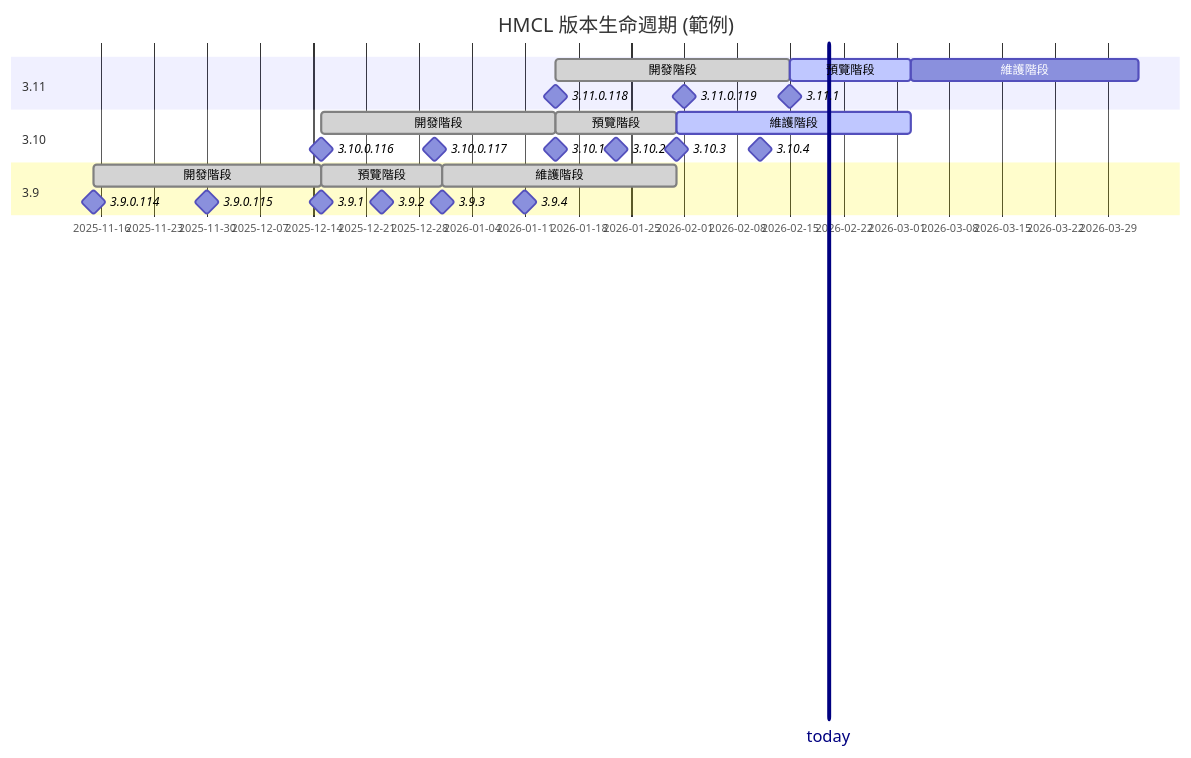
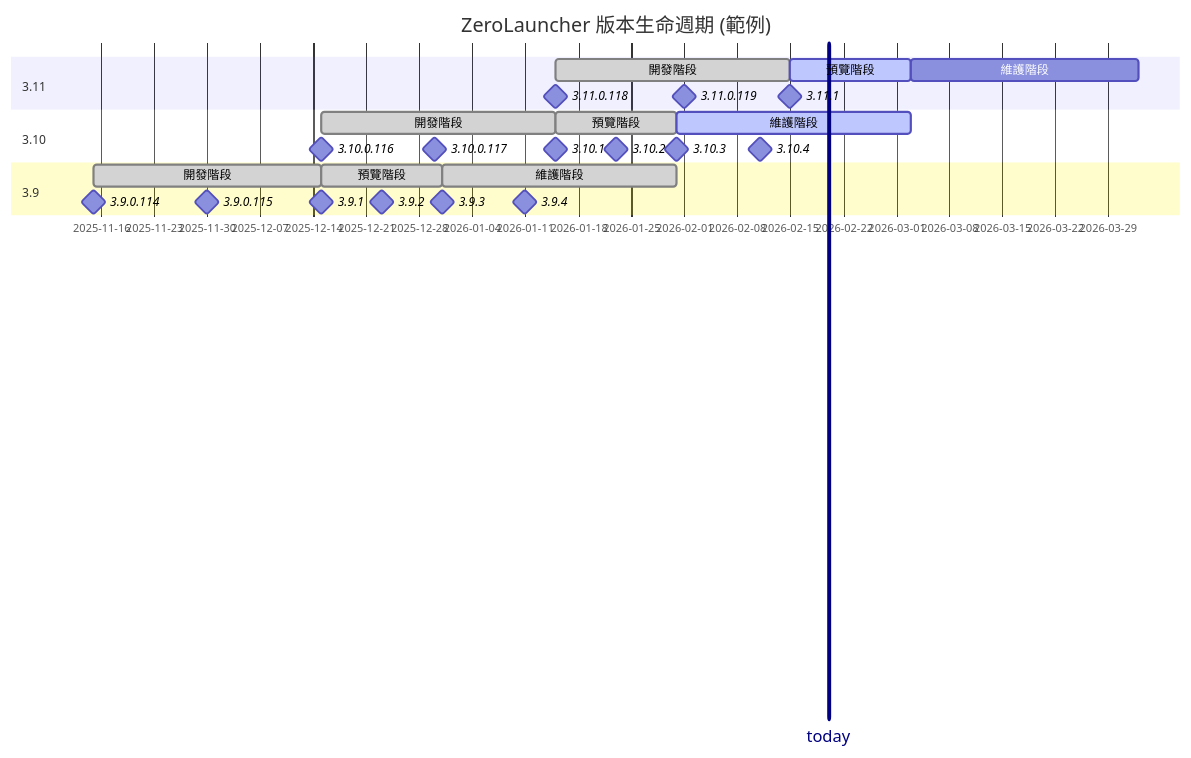
Before and after one commit to ZeroLauncherOfficial/ZeroLauncher: the diagram in docs/ReleaseSchedule_zh_Hant.md, drawn with Mermaid. The commit also changed other lines of this file and 1949 other files, not shown here.

Commit message:
feat: v1.0.0 - Full ZeroLauncher rebranding (org.zero.launcher), new 32-bit Icon, and Single-File Standalone EXE

````diff
--- a/docs/ReleaseSchedule_zh_Hant.md
+++ b/docs/ReleaseSchedule_zh_Hant.md
@@ -43,35 +43,35 @@
 ```mermaid
 ---
 displayMode: compact
 ---
 gantt
-    title HMCL 版本生命週期 (範例)
+    title ZeroLauncher 版本生命週期 (範例)
     section 3.11
         today: vert, 2026-02-20, 0d
         開發階段: done, c1, after b1, 31d
         預覽階段: active, c2, after c1, 16d
         維護階段: c3, after c2, 30d
         3.11.0.118: milestone, after b1, 0d
         3.11.0.119: milestone, 2026-02-01, 0d
         3.11.1: milestone, after c1, 0d
     section 3.10
         開發階段: done, b1, after a1, 31d
         預覽階段: done, b2, after b1, 16d
         維護階段: active, b3, after b2, 31d
         3.10.0.116: milestone, after a1, 0d
         3.10.0.117: milestone, 2025-12-30, 0d
         3.10.1: milestone, after b1, 0d
         3.10.2: milestone, 2026-01-23, 0d
         3.10.3: milestone, after b2, 0d
         3.10.4: milestone, 2026-02-11, 0d
     section 3.9
         開發階段: done, a1, 2025-11-15, 30d
         預覽階段: done, a2, after a1, 16d
         維護階段: done, a3, after a2, 31d
         3.9.0.114: milestone, 2025-11-15, 0d
         3.9.0.115: milestone, 2025-11-30, 0d
         3.9.1: milestone, after a1, 0d
         3.9.2: milestone, 2025-12-23, 0d
         3.9.3: milestone, after a2, 0d
         3.9.4: milestone, 2026-01-11, 0d
 ```
````
